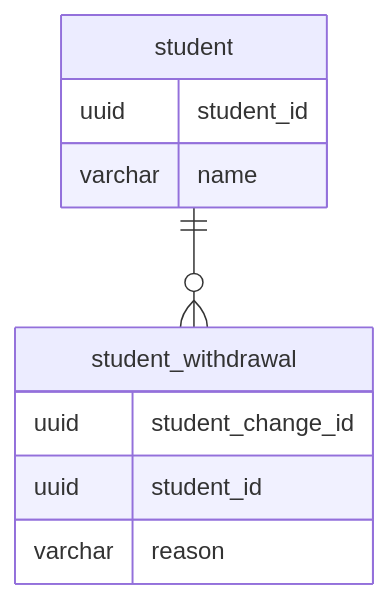
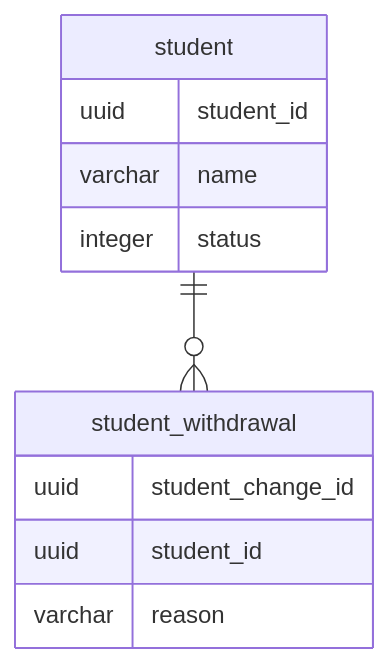
Before and after one commit to nyuusen/praha-challenge: the second of 2 diagrams in sql-anti-pattern/7/README.md, drawn with Mermaid.

Commit message:
fix: studentテーブルにstatusカラムを追加

````diff
--- a/sql-anti-pattern/7/README.md
+++ b/sql-anti-pattern/7/README.md
@@ -49,19 +49,20 @@
 ```mermaid
 erDiagram
 
 student  ||--o{ student_withdrawal: ""
 
 student {
   uuid student_id
   varchar name
+  integer status
 }
 
 student_withdrawal {
   uuid student_change_id
   uuid student_id
   varchar reason
 
 }
 
 
 ```
````
